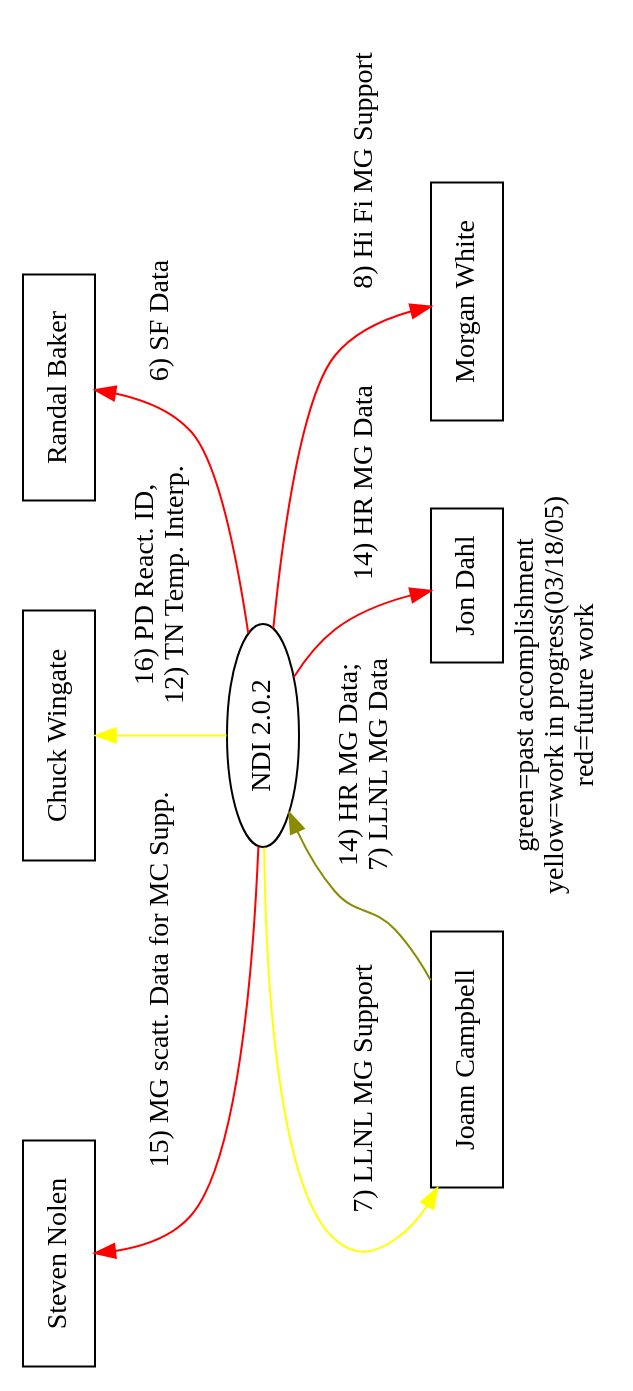
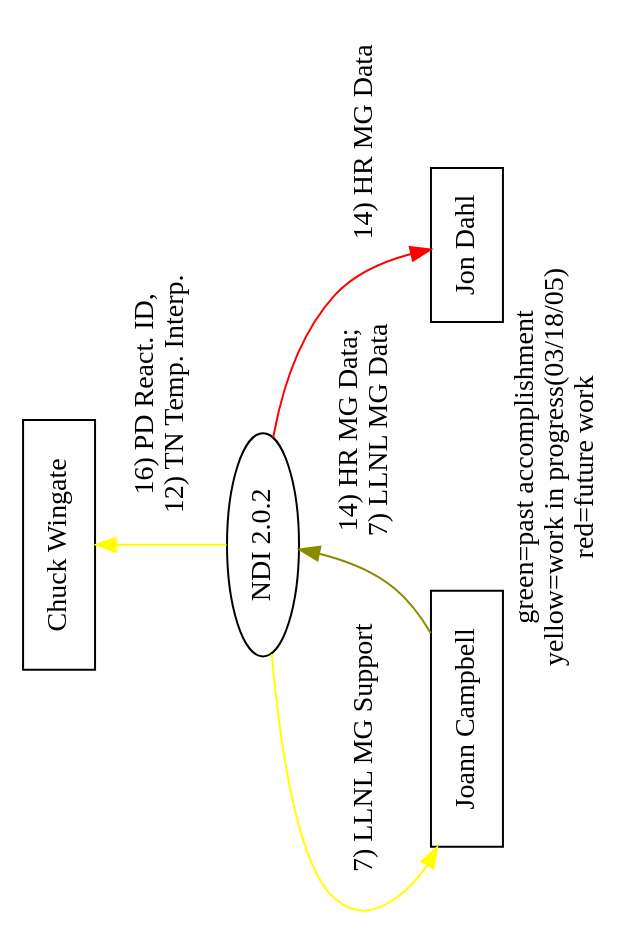
The diagram in doc/reqt/context_2.0.2.dot (lanl/ndi), drawn with Graphviz before and after one commit. The commit also changed 2 other files, not shown here.

```diff
--- a/doc/reqt/context_2.0.2.dot
+++ b/doc/reqt/context_2.0.2.dot
@@ -1,27 +1,21 @@
 digraph ndi {
 	orientation=landscape;
 	label="green=past accomplishment\nyellow=work in progress(03/18/05)\nred=future work";
 	node[shape="box"];
 
 	/* stakeholders */
-	drnuke[label="Steven Nolen"];
 	caw[label="Chuck Wingate"];
-	rsb[label="Randal Baker"];
 	dahl[label="Jon Dahl"];
-	morgan[label="Morgan White"];
 	jomc[label="Joann Campbell"];
 
 	/* project */
 	ndi[label="NDI 2.0.2", shape="ellipse"];
 	
 	jomc -> ndi[label="14) HR MG Data;\n7) LLNL MG Data", color=yellow4];
 	ndi -> jomc[label="7) LLNL MG Support", color=yellow1];
-	ndi -> morgan[label="8) Hi Fi MG Support", color=red];
 	ndi -> caw[label="16) PD React. ID,\n12) TN Temp. Interp.", color=yellow1];
-	ndi -> rsb[label="6) SF Data", color=red];
-	ndi -> drnuke[label="15) MG scatt. Data for MC Supp.", color=red];
 	ndi -> dahl[label="14) HR MG Data", color=red];
 	
-	{rank = max; jomc; morgan; dahl}
-	{rank = min; caw; drnuke; rsb}
+	{rank = max; jomc; dahl}
+	{rank = min; caw}
 }
```
